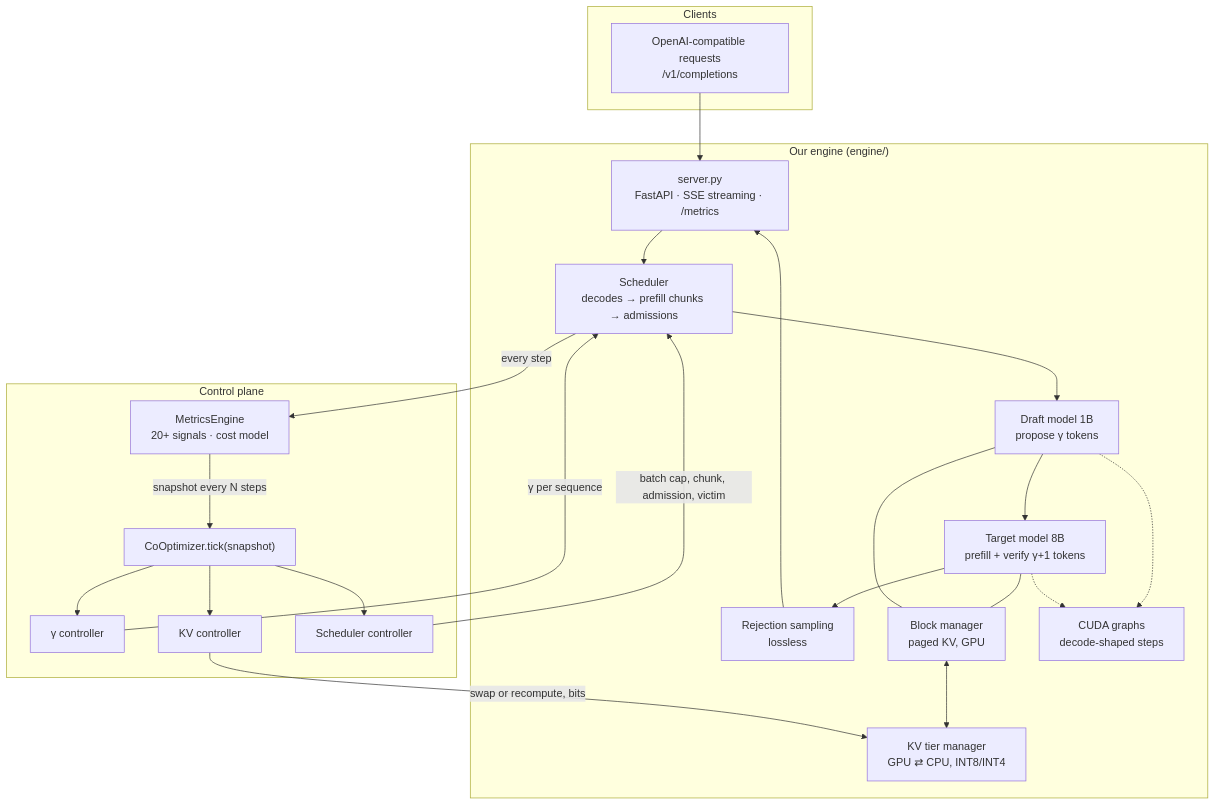
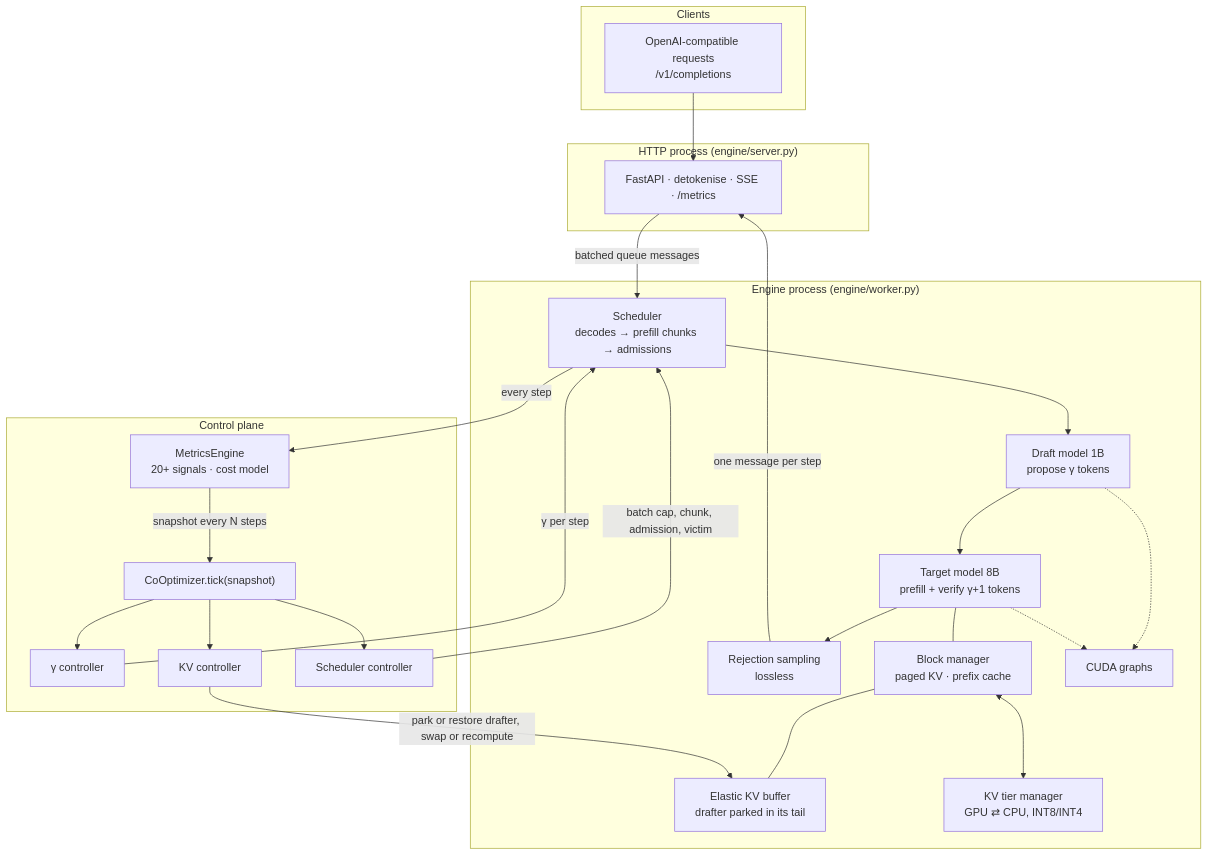
Before and after one commit to mohsinmubarak/iitj-llm-coopt: the diagram in README.md, drawn with Mermaid. The commit also changed other lines of this file, not shown here.

Commit message:
README: descriptive names, engine-v3 rehearsal results, positioning vs Nightjar/TurboSpec/vLLM adaptive spec, CPU offload reported separately

````diff
--- a/README.md
+++ b/README.md
@@ -126,36 +112,41 @@
 ```mermaid
 flowchart TB
     subgraph Clients["Clients"]
         R["OpenAI-compatible requests<br/>/v1/completions"]
     end
-    subgraph Engine["Our engine (engine/)"]
-        S["server.py<br/>FastAPI · SSE streaming · /metrics"]
+    subgraph Server["HTTP process (engine/server.py)"]
+        S["FastAPI · detokenise · SSE · /metrics"]
+    end
+    subgraph Engine["Engine process (engine/worker.py)"]
         SCH["Scheduler<br/>decodes → prefill chunks → admissions"]
         DR["Draft model 1B<br/>propose γ tokens"]
         TG["Target model 8B<br/>prefill + verify γ+1 tokens"]
         RS["Rejection sampling<br/>lossless"]
-        BM["Block manager<br/>paged KV, GPU"]
+        BM["Block manager<br/>paged KV · prefix cache"]
+        EL["Elastic KV buffer<br/>drafter parked in its tail"]
         KV["KV tier manager<br/>GPU ⇄ CPU, INT8/INT4"]
-        CG["CUDA graphs<br/>decode-shaped steps"]
+        CG["CUDA graphs"]
     end
     subgraph Control["Control plane"]
         ME["MetricsEngine<br/>20+ signals · cost model"]
         CO["CoOptimizer.tick(snapshot)"]
         GC["γ controller"]
         KC["KV controller"]
         SC["Scheduler controller"]
     end
-    R --> S --> SCH
-    SCH --> DR --> TG --> RS --> S
+    R --> S
+    S -->|"batched queue messages"| SCH
+    SCH --> DR --> TG --> RS
+    RS -->|"one message per step"| S
     TG --- BM
-    DR --- BM
+    BM --- EL
     BM <--> KV
     DR -.-> CG
     TG -.-> CG
     SCH -->|"every step"| ME
     ME -->|"snapshot every N steps"| CO
     CO --> GC & KC & SC
-    GC -->|"γ per sequence"| SCH
-    KC -->|"swap or recompute, bits"| KV
+    GC -->|"γ per step"| SCH
+    KC -->|"park or restore drafter, swap or recompute"| EL
     SC -->|"batch cap, chunk, admission, victim"| SCH
 ```
````
